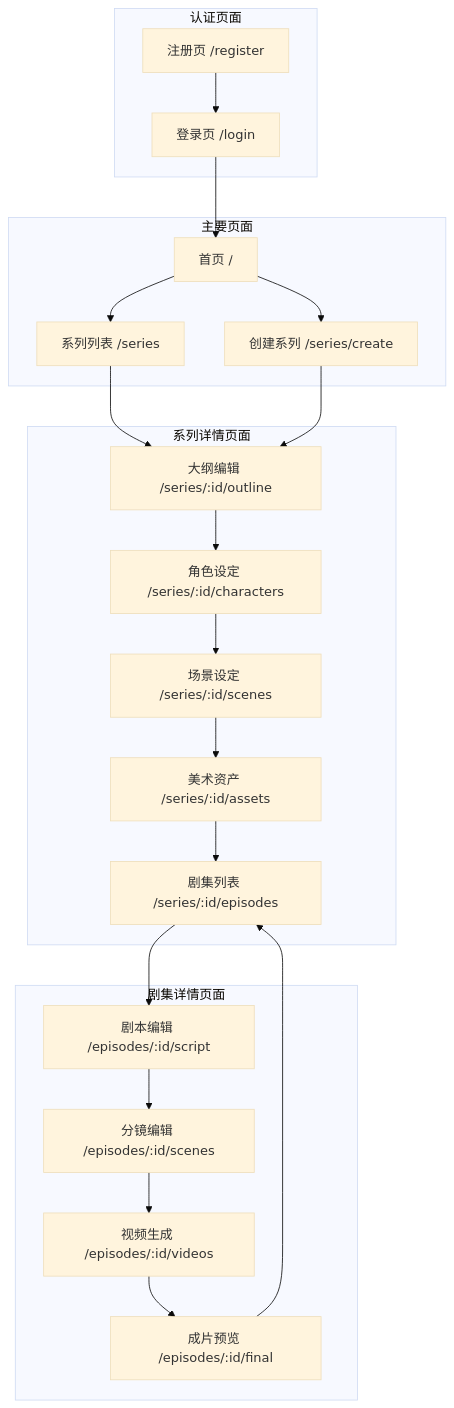
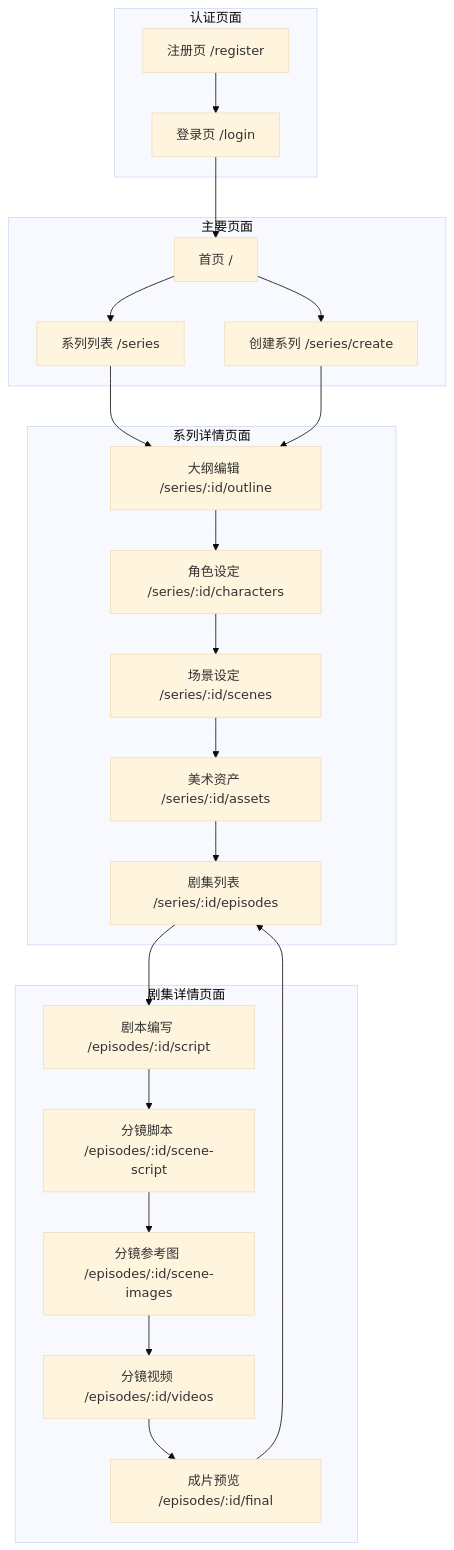
One commit to syghhhhh/AutoDrama changed the fifth of 5 diagrams in architecture.md. Above: the diagram before and after it, drawn with Mermaid (base theme). The commit also changed other lines of this file and 3 other files, not shown here.

````diff
--- a/architecture.md
+++ b/architecture.md
@@ -359,46 +397,48 @@
 ```mermaid
 graph TB
     subgraph Auth["认证页面"]
         LoginPage[登录页 /login]
         RegisterPage[注册页 /register]
     end
 
     subgraph Main["主要页面"]
         HomePage[首页 /]
         SeriesListPage[系列列表 /series]
         CreateSeriesPage[创建系列 /series/create]
     end
 
     subgraph Series["系列详情页面"]
         OutlinePage[大纲编辑 /series/:id/outline]
         CharactersPage[角色设定 /series/:id/characters]
         ScenesPage[场景设定 /series/:id/scenes]
         AssetsPage[美术资产 /series/:id/assets]
         EpisodesPage[剧集列表 /series/:id/episodes]
     end
 
     subgraph Episode["剧集详情页面"]
-        ScriptPage[剧本编辑 /episodes/:id/script]
-        EpisodeScenesPage[分镜编辑 /episodes/:id/scenes]
-        VideosPage[视频生成 /episodes/:id/videos]
+        ScriptPage[剧本编写 /episodes/:id/script]
+        SceneScriptPage[分镜脚本 /episodes/:id/scene-script]
+        SceneImagesPage[分镜参考图 /episodes/:id/scene-images]
+        VideosPage[分镜视频 /episodes/:id/videos]
         FinalPage[成片预览 /episodes/:id/final]
     end
 
     HomePage --> CreateSeriesPage
     HomePage --> SeriesListPage
     LoginPage --> HomePage
     RegisterPage --> LoginPage
     SeriesListPage --> OutlinePage
     CreateSeriesPage --> OutlinePage
 
     OutlinePage --> CharactersPage
     CharactersPage --> ScenesPage
     ScenesPage --> AssetsPage
     AssetsPage --> EpisodesPage
     EpisodesPage --> ScriptPage
 
-    ScriptPage --> EpisodeScenesPage
-    EpisodeScenesPage --> VideosPage
+    ScriptPage --> SceneScriptPage
+    SceneScriptPage --> SceneImagesPage
+    SceneImagesPage --> VideosPage
     VideosPage --> FinalPage
     FinalPage --> EpisodesPage
 ```
````
